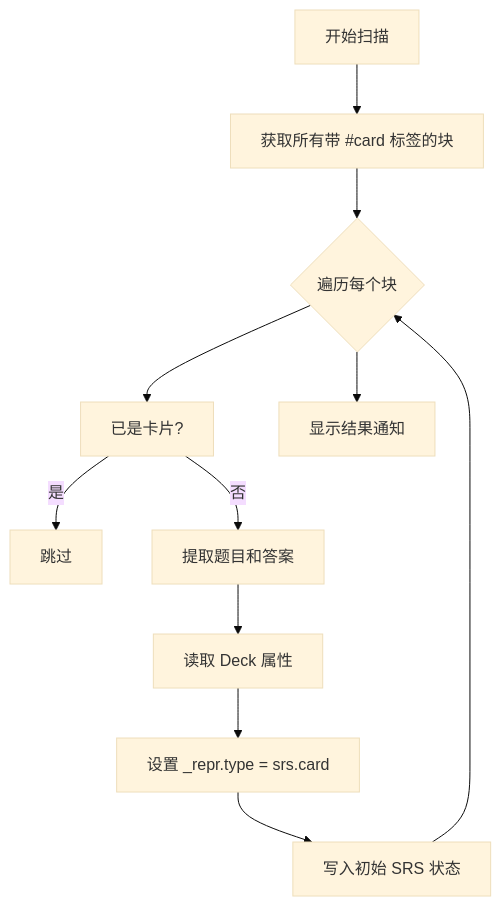
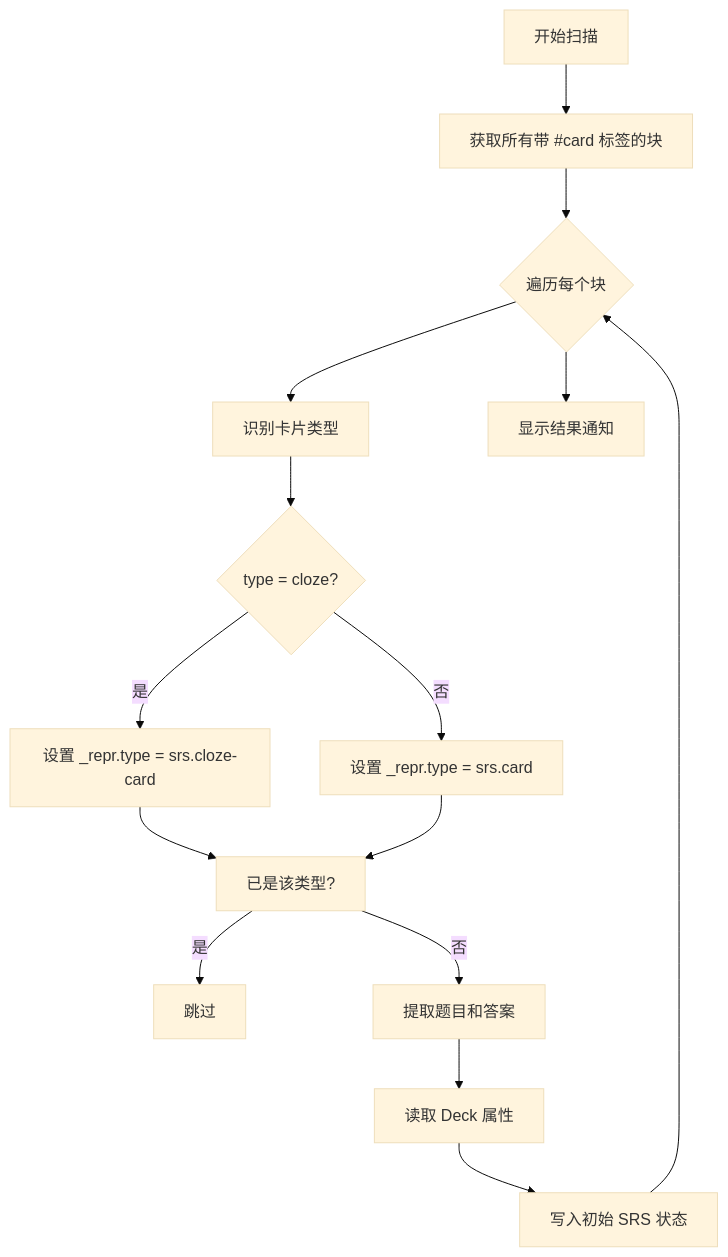
Before and after one commit to SaXz2/orca-srs-plugin: the diagram in 模块文档/SRS_卡片创建与管理.md, drawn with Mermaid (base theme). The commit also changed other lines of this file and 6 other files, not shown here.

Commit message:
Cloze	type: "cloze"	srs.cloze-card	填空卡片

````diff
--- a/模块文档/SRS_卡片创建与管理.md
+++ b/模块文档/SRS_卡片创建与管理.md
@@ -39,13 +40,17 @@
 ```mermaid
 flowchart TD
     A[开始扫描] --> B[获取所有带 #card 标签的块]
     B --> C{遍历每个块}
-    C --> D[已是卡片?]
-    D -->|是| E[跳过]
-    D -->|否| F[提取题目和答案]
-    F --> G[读取 Deck 属性]
-    G --> H[设置 _repr.type = srs.card]
-    H --> I[写入初始 SRS 状态]
-    I --> C
-    C --> J[显示结果通知]
+    C --> D[识别卡片类型]
+    D --> E{type = cloze?}
+    E -->|是| F[设置 _repr.type = srs.cloze-card]
+    E -->|否| G[设置 _repr.type = srs.card]
+    F --> H[已是该类型?]
+    G --> H
+    H -->|是| I[跳过]
+    H -->|否| J[提取题目和答案]
+    J --> K[读取 Deck 属性]
+    K --> L[写入初始 SRS 状态]
+    L --> C
+    C --> M[显示结果通知]
 ```
````
